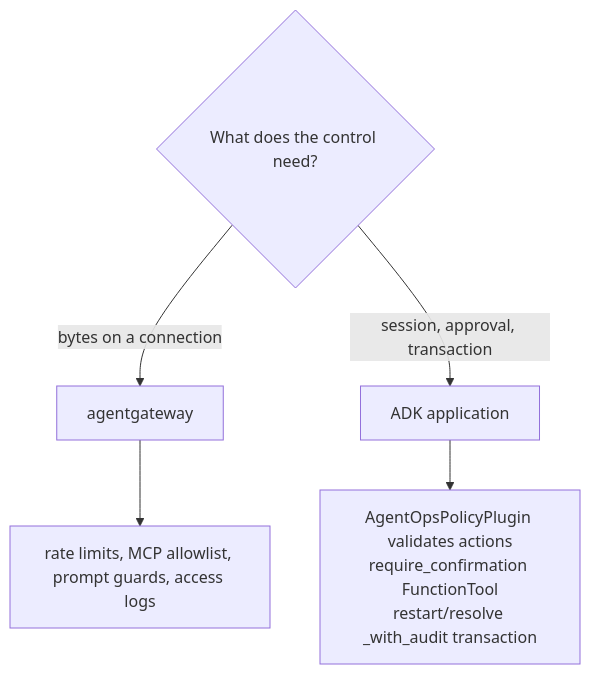
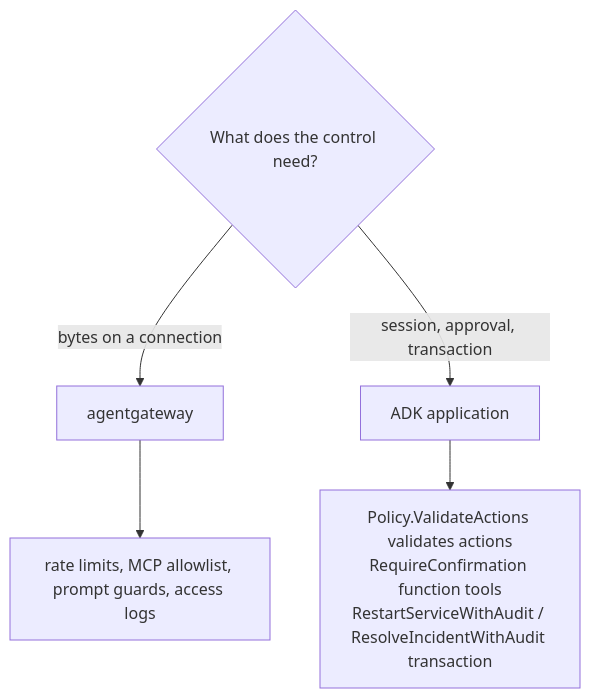
Before and after one commit to LuiGGi629/agentops-open-course: the second of 2 diagrams in content/5. Gateway/5.0. Gateway.md, drawn with Mermaid. The commit also changed other lines of this file and 16 other files, not shown here.

````diff
--- a/content/5. Gateway/5.0. Gateway.md
+++ b/content/5. Gateway/5.0. Gateway.md
@@ -159,7 +159,7 @@
 ```mermaid
 flowchart TD
     Q{What does the control need?} -->|bytes on a connection| GW[agentgateway]
     Q -->|session, approval, transaction| APP[ADK application]
     GW --> GWc["rate limits, MCP allowlist, prompt guards, access logs"]
-    APP --> APPc["AgentOpsPolicyPlugin validates actions<br/>require_confirmation FunctionTool<br/>restart/resolve _with_audit transaction"]
+    APP --> APPc["Policy.ValidateActions validates actions<br/>RequireConfirmation function tools<br/>RestartServiceWithAudit / ResolveIncidentWithAudit transaction"]
 ```
````
